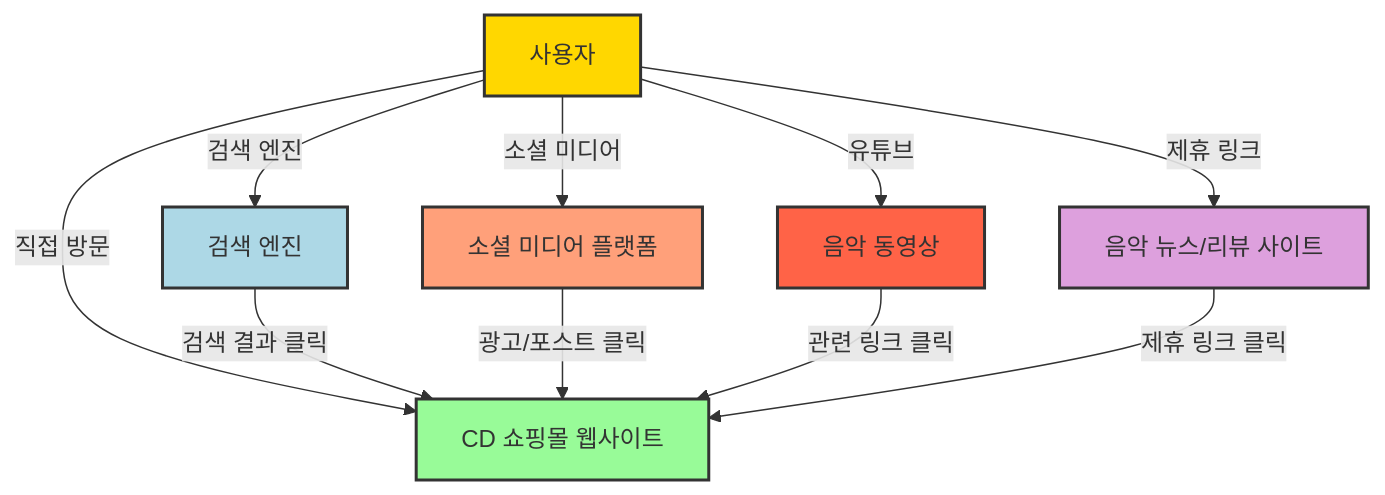
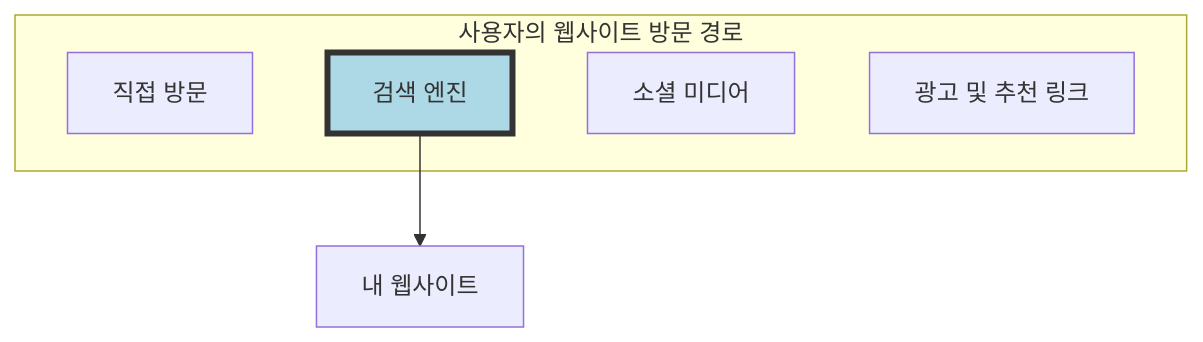
The first of 2 diagrams in Chapter I. 기반지식 학습/1. 기초 CS 이론/1. IT 리터러시/5. 검색엔진 최적화 SEO.md (hanaoverride/data-scientist-cookbook-for-korean), drawn with Mermaid before and after one commit. The commit also changed other lines of this file and 132 other files, not shown here.

````diff
--- a/Chapter I. 기반지식 학습/1. 기초 CS 이론/1. IT 리터러시/5. 검색엔진 최적화 SEO.md
+++ b/Chapter I. 기반지식 학습/1. 기초 CS 이론/1. IT 리터러시/5. 검색엔진 최적화 SEO.md
@@ -28,20 +24,13 @@
 ```mermaid
 graph TD
-    A[사용자] -->|직접 방문| B[CD 쇼핑몰 웹사이트]
-    A -->|검색 엔진| C[검색 엔진]
-    C -->|검색 결과 클릭| B
-    A -->|소셜 미디어| D[소셜 미디어 플랫폼]
-    D -->|광고/포스트 클릭| B
-    A -->|유튜브| E[음악 동영상]
-    E -->|관련 링크 클릭| B
-    A -->|제휴 링크| F[음악 뉴스/리뷰 사이트]
-    F -->|제휴 링크 클릭| B
+    subgraph "사용자의 웹사이트 방문 경로"
+        A[직접 방문]
+        B[검색 엔진]
+        C[소셜 미디어]
+        D[광고 및 추천 링크]
+    end
+    
+    B --> E[내 웹사이트]
 
-    
-    style A fill:#FFD700,stroke:#333,stroke-width:2px
-    style B fill:#98FB98,stroke:#333,stroke-width:2px
-    style C fill:#ADD8E6,stroke:#333,stroke-width:2px
-    style D fill:#FFA07A,stroke:#333,stroke-width:2px
-    style E fill:#FF6347,stroke:#333,stroke-width:2px
-    style F fill:#DDA0DD,stroke:#333,stroke-width:2px
+    style B fill:#ADD8E6,stroke:#333,stroke-width:4px
 ```
````
